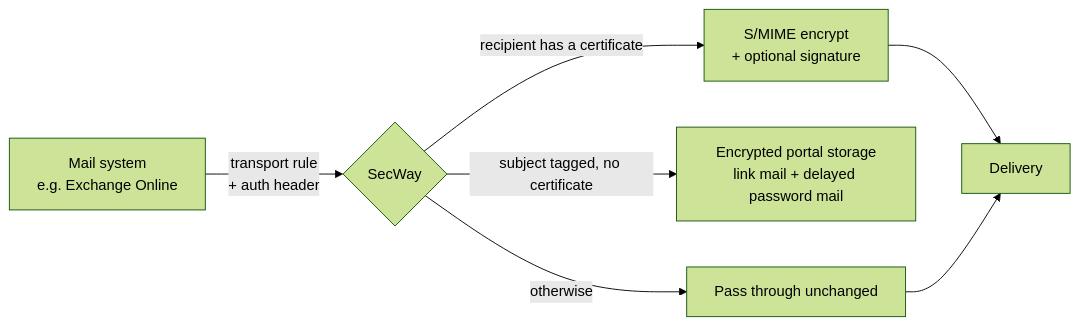
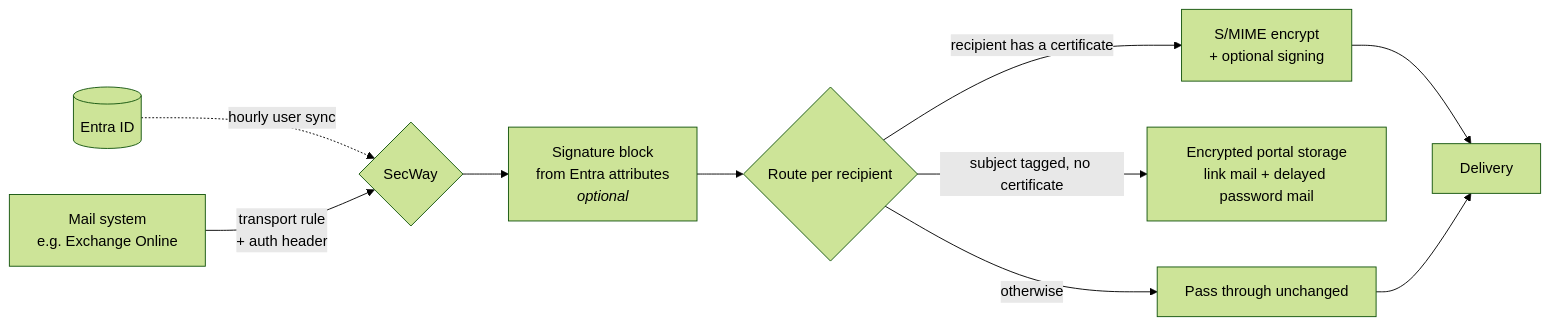
Before and after one commit to Ximerox/secway: the diagram in README.md, drawn with Mermaid (forest theme). The commit also changed other lines of this file, not shown here.

First line of the commit message:
README: Entra-Sync in die Grafik, Konkurrenznamen entfernt

````diff
--- a/README.md
+++ b/README.md
@@ -26,9 +27,12 @@
 ```mermaid
 flowchart LR
+    ENTRA[(Entra ID)] -. hourly user sync .-> GW
     EXO[Mail system<br>e.g. Exchange Online] -->|transport rule<br>+ auth header| GW{SecWay}
-    GW -->|"recipient has a certificate"| SMIME[S/MIME encrypt<br>+ optional signature]
-    GW -->|"subject tagged, no certificate"| PORTAL[Encrypted portal storage<br>link mail + delayed password mail]
-    GW -->|otherwise| PASS[Pass through unchanged]
+    GW --> SIG[Signature block<br>from Entra attributes<br><i>optional</i>]
+    SIG --> ROUTE{Route per recipient}
+    ROUTE -->|"recipient has a certificate"| SMIME[S/MIME encrypt<br>+ optional signing]
+    ROUTE -->|"subject tagged, no certificate"| PORTAL[Encrypted portal storage<br>link mail + delayed password mail]
+    ROUTE -->|otherwise| PASS[Pass through unchanged]
     SMIME --> OUT[Delivery]
     PASS --> OUT
 ```
````
